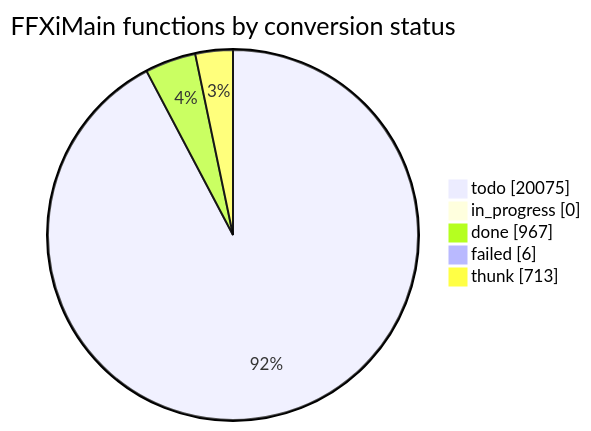
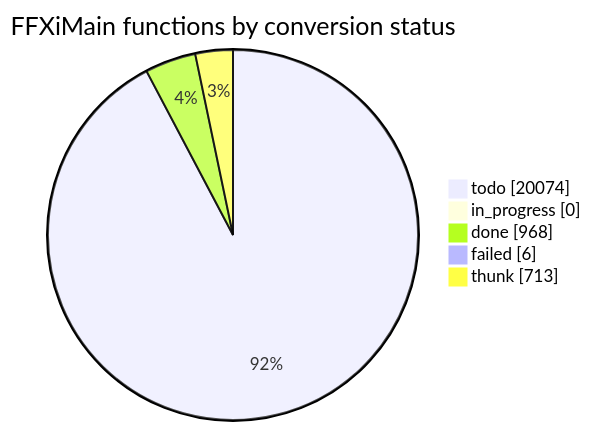
One commit to cowrevenge/cow_kuluu_xi_anything changed the diagram in docs/cow/STATUS.md. Above: the diagram before and after it, drawn with Mermaid. The commit also changed other lines of this file and 13 other files, not shown here.

````diff
--- a/docs/cow/STATUS.md
+++ b/docs/cow/STATUS.md
@@ -18,9 +18,9 @@
 ```mermaid
 pie showData
     title FFXiMain functions by conversion status
-    "todo" : 20075
+    "todo" : 20074
     "in_progress" : 0
-    "done" : 967
+    "done" : 968
     "failed" : 6
     "thunk" : 713
 ```
````
